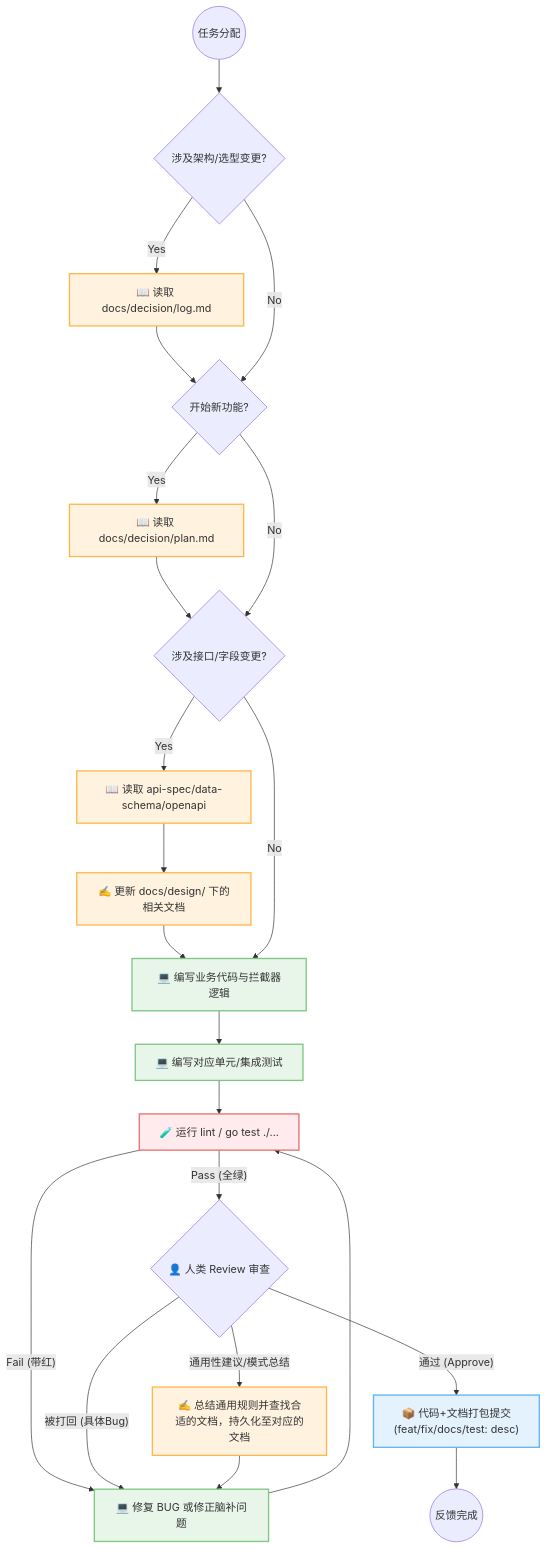
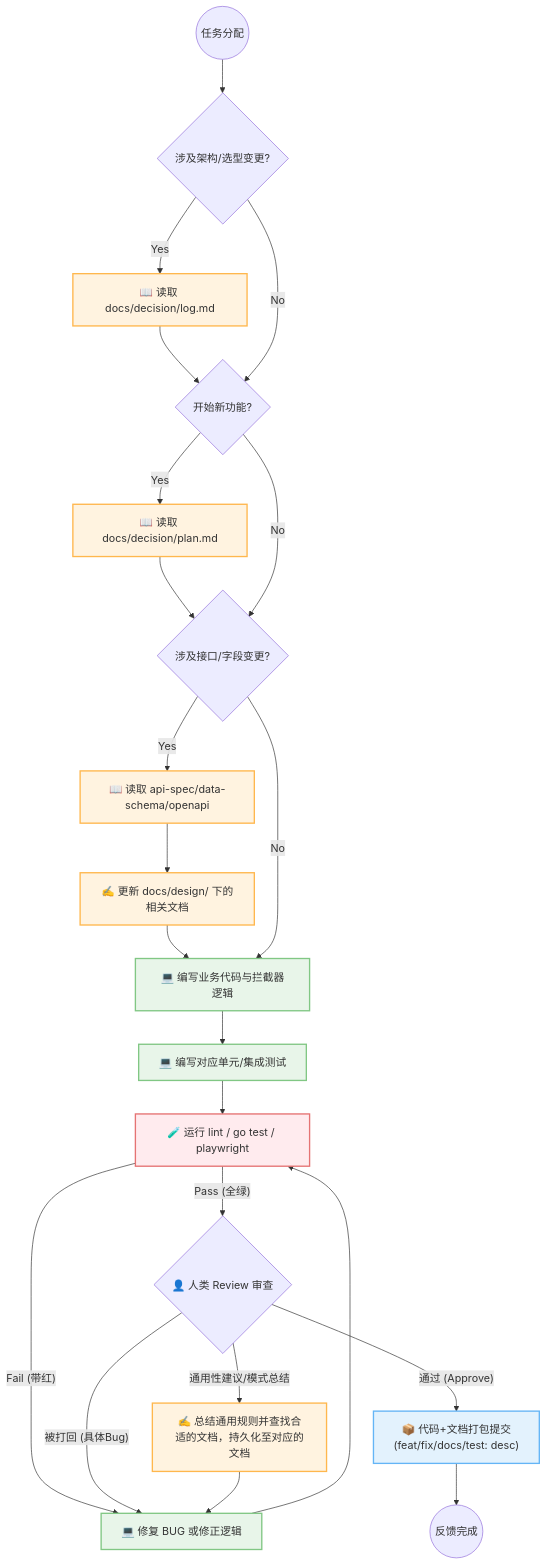
One commit to Misaka13906/FantasyGoWorld changed the diagram in docs/spec/specification.md. Above: the diagram before and after it, drawn with Mermaid. The commit also changed other lines of this file and 4 other files, not shown here.

````diff
--- a/docs/spec/specification.md
+++ b/docs/spec/specification.md
@@ -23,36 +23,36 @@
 ```mermaid
 graph TD
     classDef doc fill:#fff3e0,stroke:#ffb74d,stroke-width:2px;
     classDef code fill:#e8f5e9,stroke:#81c784,stroke-width:2px;
     classDef test fill:#ffebee,stroke:#e57373,stroke-width:2px;
     classDef commit fill:#e3f2fd,stroke:#64b5f6,stroke-width:2px;
 
     Start((任务分配)) --> ChkArch{涉及架构/选型变更?}
     
     ChkArch -- Yes --> ReadLog[📖 读取 docs/decision/log.md]:::doc
     ReadLog --> ChkPlan
     ChkArch -- No --> ChkPlan{开始新功能?}
     
     ChkPlan -- Yes --> ReadPlan[📖 读取 docs/decision/plan.md]:::doc
     ReadPlan --> ChkDesign
     ChkPlan -- No --> ChkDesign{涉及接口/字段变更?}
     
     ChkDesign -- Yes --> ReadSpec[📖 读取 api-spec/data-schema/openapi]:::doc
     ReadSpec --> UpdateSpec[✍️ 更新 docs/design/ 下的相关文档]:::doc
     UpdateSpec --> WriteCode
     ChkDesign -- No --> WriteCode[💻 编写业务代码与拦截器逻辑]:::code
     
     WriteCode --> WriteTest[💻 编写对应单元/集成测试]:::code
-    WriteTest --> RunTest[🧪 运行 lint / go test ./...]:::test
+    WriteTest --> RunTest[🧪 运行 lint / go test / playwright]:::test
     
-    RunTest -- "Fail (带红)" --> FixCode[💻 修复 BUG 或修正脑补问题]:::code
+    RunTest -- "Fail (带红)" --> FixCode[💻 修复 BUG 或修正逻辑]:::code
     FixCode --> RunTest
     
     RunTest -- "Pass (全绿)" --> HumanReview{👤 人类 Review 审查}
     HumanReview -- "被打回 (具体Bug)" --> FixCode
     HumanReview -- "通用性建议/模式总结" --> UpdateAgentRule[✍️ 总结通用规则并查找合适的文档，持久化至对应的文档]:::doc
     UpdateAgentRule --> FixCode
     
     HumanReview -- "通过 (Approve)" --> GitCommit["📦 代码+文档打包提交\n(feat/fix/docs/test: desc)"]:::commit
     GitCommit --> End(("反馈完成"))
 ```
````
